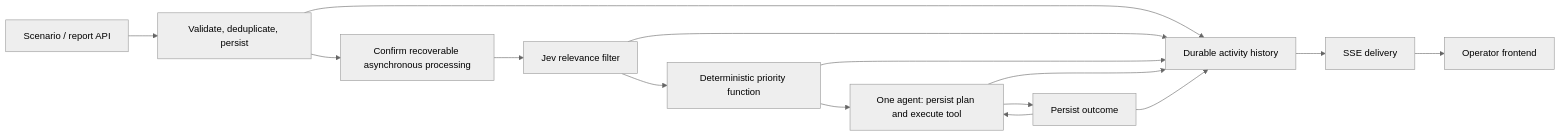
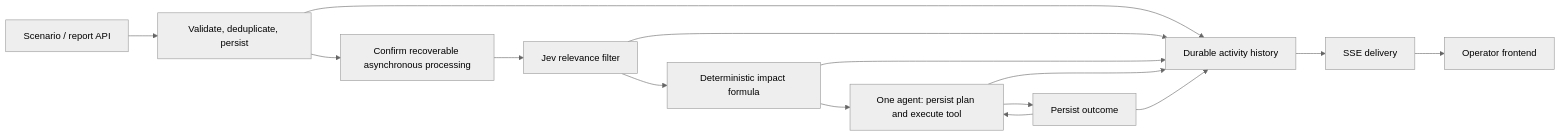
Before and after one commit to alvarovegaromero/hackandalus-hackathon: the diagram in docs/poc.md, drawn with Mermaid (neutral theme). The commit also changed other lines of this file and 11 other files, not shown here.

````diff
--- a/docs/poc.md
+++ b/docs/poc.md
@@ -38,17 +42,17 @@
 ```mermaid
 flowchart LR
   INPUT[Scenario / report API] --> SAVE[Validate, deduplicate, persist]
   SAVE --> START[Confirm recoverable asynchronous processing]
   START --> FILTER[Jev relevance filter]
-  FILTER --> TRIAGE[Deterministic priority function]
+  FILTER --> TRIAGE[Deterministic impact formula]
   TRIAGE --> AGENT[One agent: persist plan and execute tool]
   AGENT --> RESULT[Persist outcome]
   RESULT --> AGENT
   SAVE --> HISTORY[Durable activity history]
   FILTER --> HISTORY
   TRIAGE --> HISTORY
   AGENT --> HISTORY
   RESULT --> HISTORY
   HISTORY --> SSE[SSE delivery]
   SSE --> UI[Operator frontend]
 ```
````
